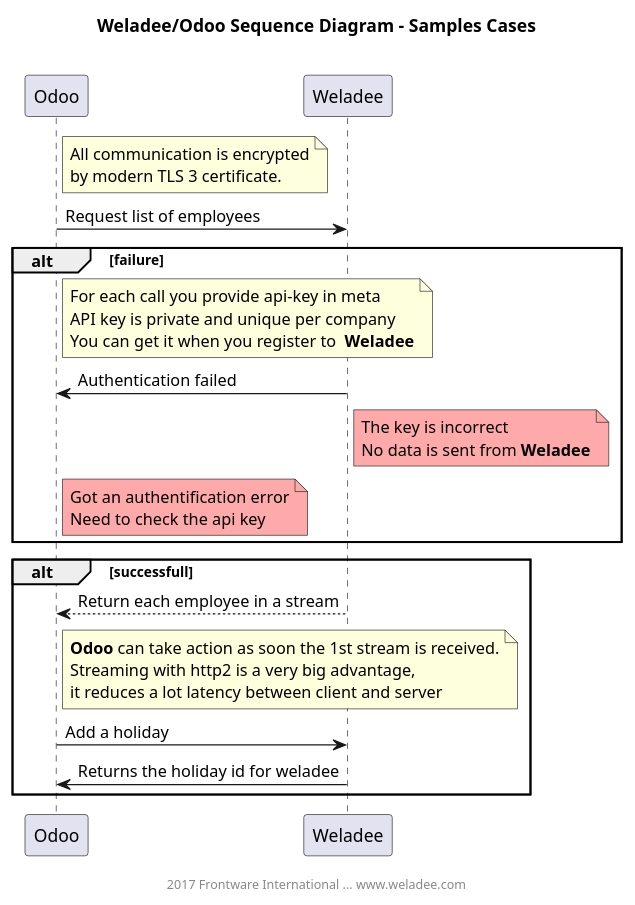
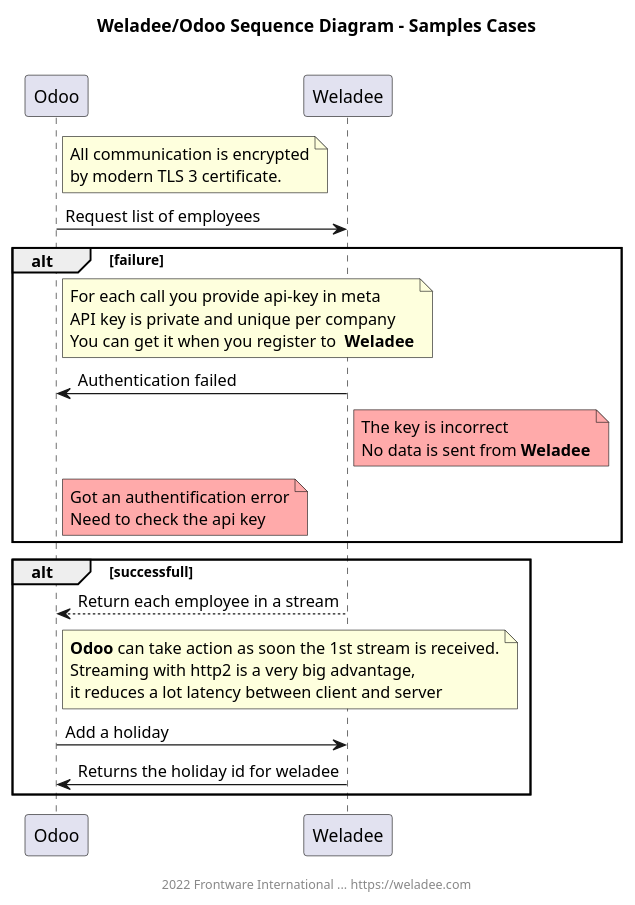
One commit to Frontware/Weladee-odoo changed the diagram in weladee-odoo.puml. Above: the diagram before and after it, drawn with PlantUML.

Commit message:
[UPDATE] sample UML

```diff
--- a/weladee-odoo.puml
+++ b/weladee-odoo.puml
@@ -3,41 +3,41 @@
-@startuml
+@startuml Sample case
 
 title Weladee/Odoo Sequence Diagram - Samples Cases\n
 
 note right Odoo
     All communication is encrypted
     by modern TLS 3 certificate.
 end note
 Odoo -> Weladee: Request list of employees
 alt failure
     note right Odoo
         For each call you provide api-key in meta
         API key is private and unique per company
         You can get it when you register to  **Weladee**
     end note
     Weladee -> Odoo: Authentication failed
     note right Weladee #FFAAAA
         The key is incorrect
         No data is sent from **Weladee**
     end note
     note right Odoo #FFAAAA
         Got an authentification error
         Need to check the api key
     end note
 end
 alt successfull
     Weladee --> Odoo: Return each employee in a stream
     note right Odoo
         **Odoo** can take action as soon the 1st stream is received.
         Streaming with http2 is a very big advantage,
         it reduces a lot latency between client and server
     end note
     Odoo -> Weladee: Add a holiday
     Odoo <- Weladee: Returns the holiday id for weladee
 end
 footer
 
-2017 Frontware International ... www.weladee.com
+2022 Frontware International ... https://weladee.com
 end footer
 
 @enduml
```
